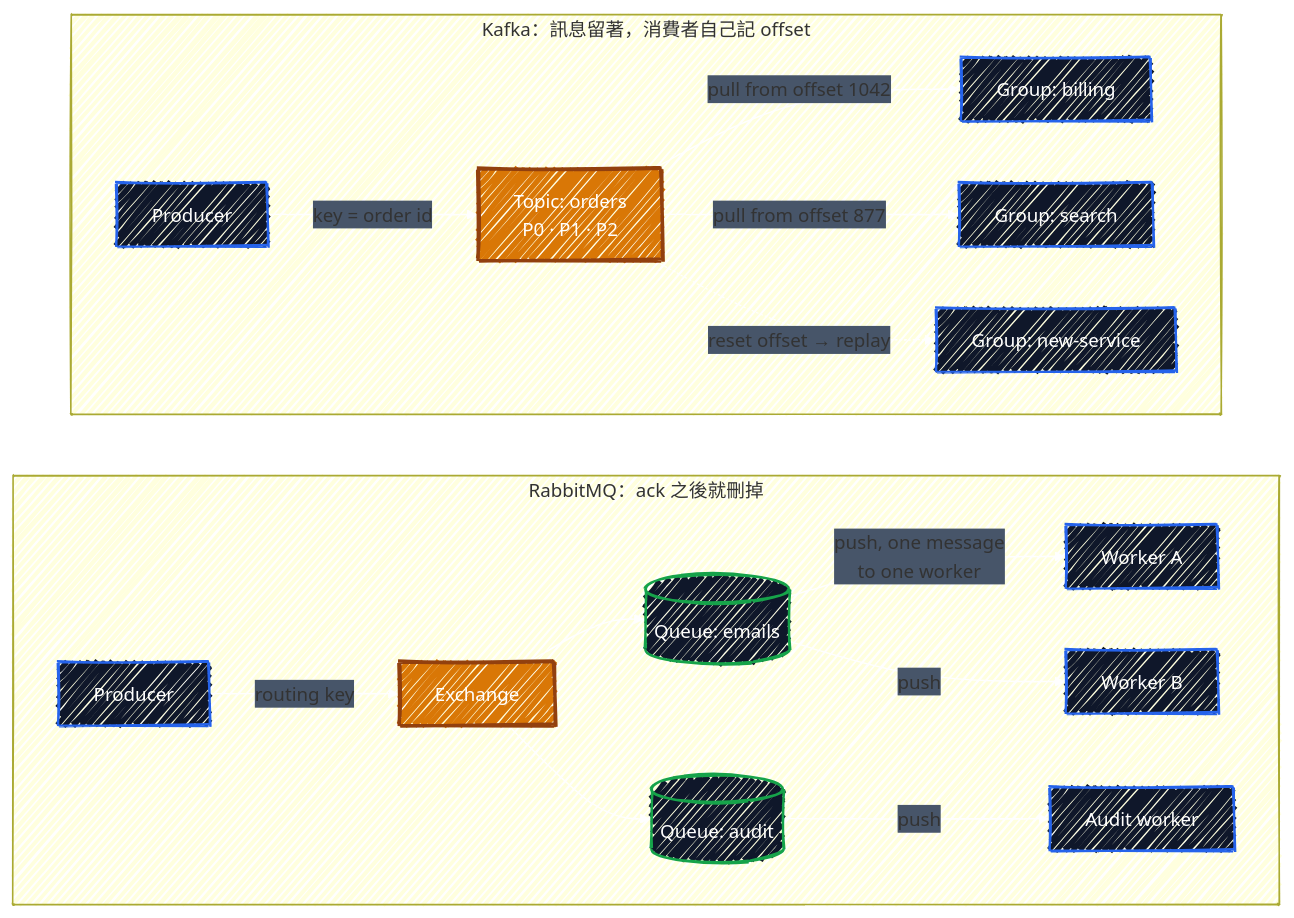
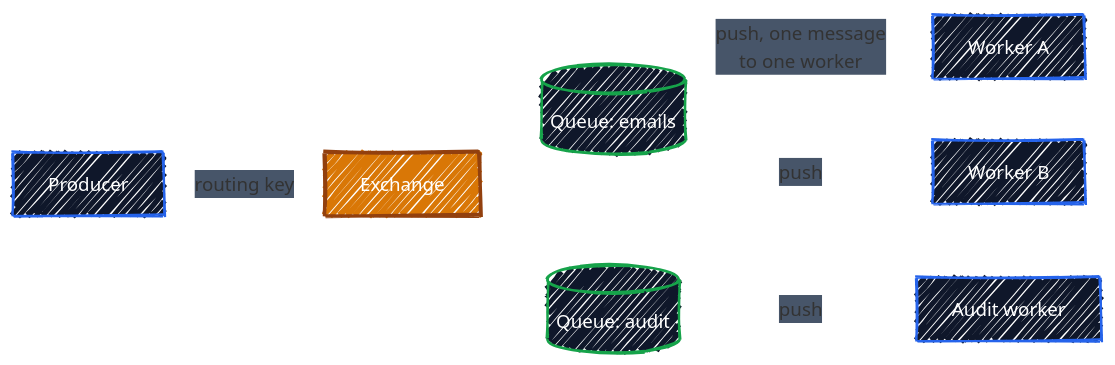
One commit to r97221004/BK-interview changed the first of 2 diagrams in docs/architecture-and-scaling/q39-kafka-vs-rabbitmq.md. Above: the diagram before and after it, drawn with Mermaid. The commit also changed other lines of this file and 2 other files, not shown here.

Commit message:
docs: split subgraph diagrams in Q39, Q71 and Q74
AS IS: these diagrams grouped two scenarios with mermaid subgraphs,
which render on a pale yellow cluster background where the white
edges and labels disappear, and the blocks can show in reverse order

TO BE: each scenario is its own diagram under a bold heading, the way
Q38 already does it, so every diagram sits on the page background,
keeps its lines readable and appears in the order it is written

TASK # N/A

````diff
--- a/docs/architecture-and-scaling/q39-kafka-vs-rabbitmq.md
+++ b/docs/architecture-and-scaling/q39-kafka-vs-rabbitmq.md
@@ -53,39 +53,27 @@
 ```mermaid
 ---
 config:
   look: handDrawn
   theme: default
   themeVariables:
     fontFamily: '"Comic Sans MS", "Comic Sans", "Segoe Print", "Bradley Hand", cursive'
     lineColor: '#FFFFFF'
     edgeLabelBackground: '#475569'
   themeCSS: |
     .edgeLabel, .edgeLabel p, .edgeLabel span { color: #FFFFFF !important; }
 ---
 flowchart LR
-    subgraph rabbit["RabbitMQ：ack 之後就刪掉"]
-        direction LR
-        p1["Producer"] -->|"routing key"| ex["Exchange"]
-        ex --> q1[("Queue: emails")]
-        ex --> q2[("Queue: audit")]
-        q1 -->|"push, one message<br/>to one worker"| w1["Worker A"]
-        q1 -->|"push"| w2["Worker B"]
-        q2 -->|"push"| w3["Audit worker"]
-    end
-
-    subgraph kafka["Kafka：訊息留著，消費者自己記 offset"]
-        direction LR
-        p2["Producer"] -->|"key = order id"| t["Topic: orders<br/>P0 · P1 · P2"]
-        t -->|"pull from offset 1042"| g1["Group: billing"]
-        t -->|"pull from offset 877"| g2["Group: search"]
-        t -.->|"reset offset → replay"| g3["Group: new-service"]
-    end
+    p["Producer"] -->|"routing key"| ex["Exchange"]
+    ex --> q1[("Queue: emails")]
+    ex --> q2[("Queue: audit")]
+    q1 -->|"push, one message<br/>to one worker"| w1["Worker A"]
+    q1 -->|"push"| w2["Worker B"]
+    q2 -->|"push"| w3["Audit worker"]
 
     classDef edgeStyle fill:#0F172A,stroke:#2563EB,stroke-width:2px,color:#FFFFFF
     classDef svcStyle fill:#D97706,stroke:#92400E,stroke-width:3px,color:#FFFFFF
     classDef dataStyle fill:#0F172A,stroke:#16A34A,stroke-width:2px,color:#FFFFFF
-    class p1,p2 edgeStyle
-    class ex,t svcStyle
+    class p,w1,w2,w3 edgeStyle
+    class ex svcStyle
     class q1,q2 dataStyle
-    class w1,w2,w3,g1,g2,g3 edgeStyle
 ```
````
